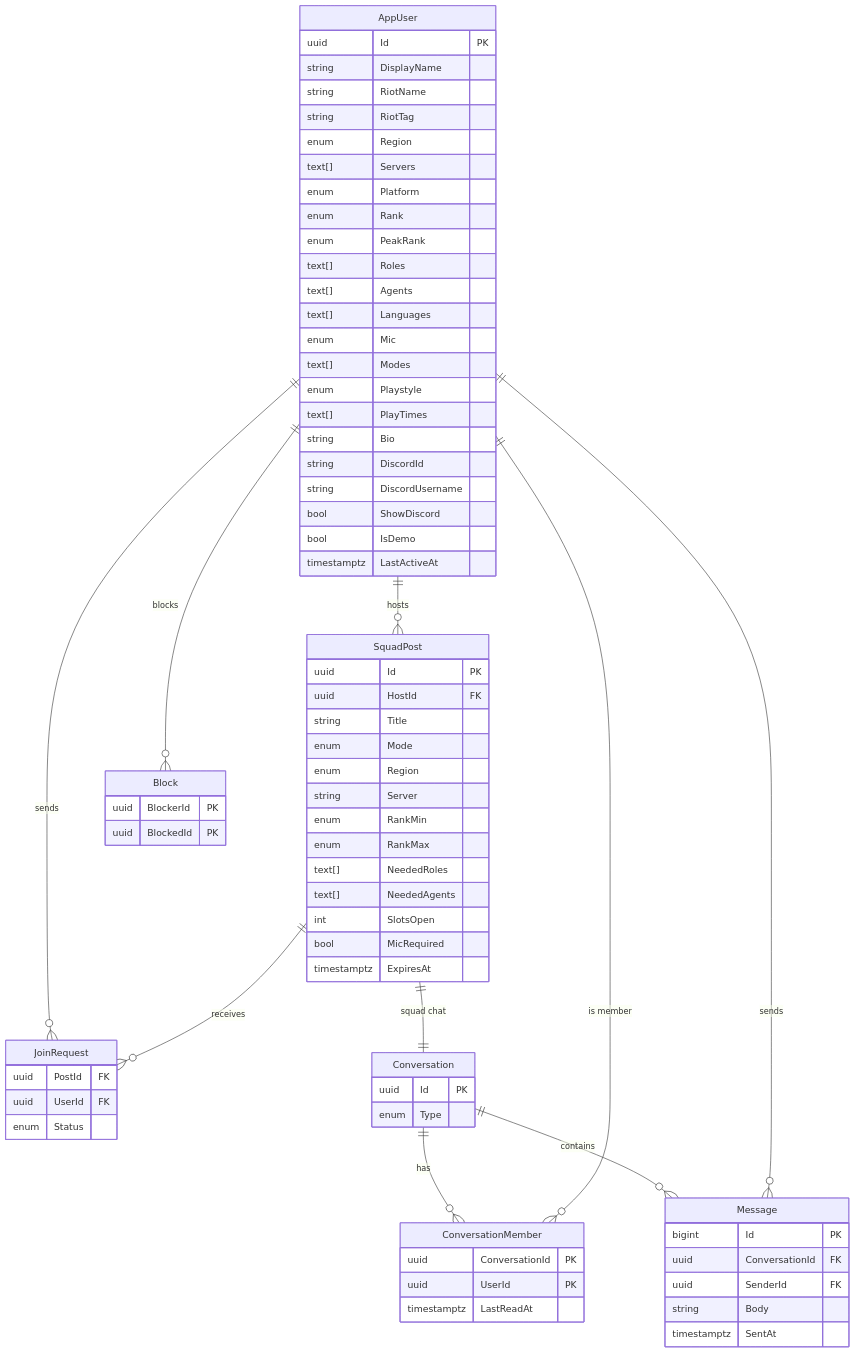
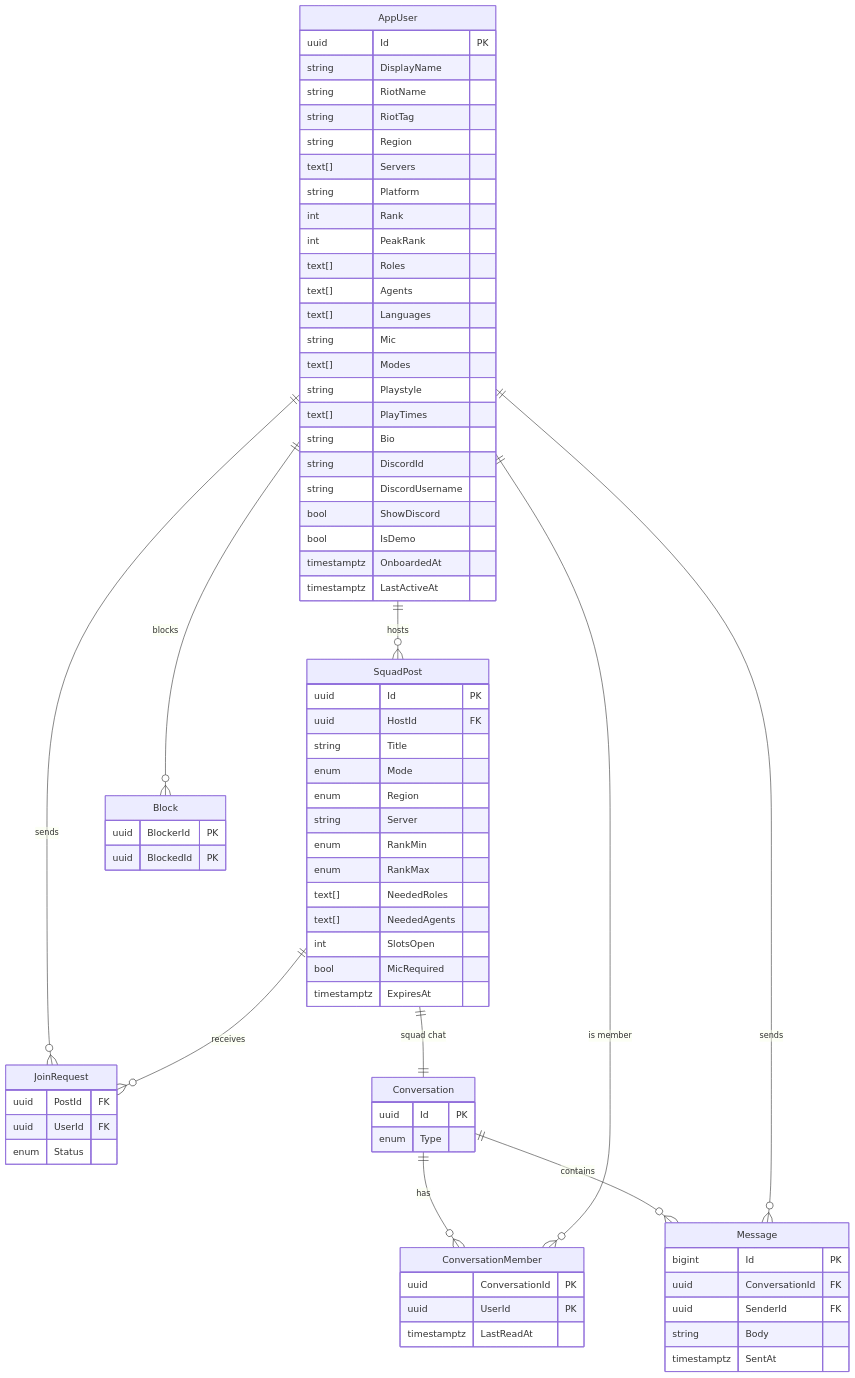
One commit to k1meta/FiveStack changed the first of 2 diagrams in docs/ARCHITECTURE.md. Above: the diagram before and after it, drawn with Mermaid. The commit also changed other lines of this file and 17 other files, not shown here.

````diff
--- a/docs/ARCHITECTURE.md
+++ b/docs/ARCHITECTURE.md
@@ -38,77 +38,78 @@
 ```mermaid
 erDiagram
   AppUser ||--o{ SquadPost : hosts
   AppUser ||--o{ JoinRequest : sends
   SquadPost ||--o{ JoinRequest : receives
   SquadPost ||--|| Conversation : "squad chat"
   Conversation ||--o{ ConversationMember : has
   AppUser ||--o{ ConversationMember : "is member"
   Conversation ||--o{ Message : contains
   AppUser ||--o{ Message : sends
   AppUser ||--o{ Block : blocks
 
   AppUser {
     uuid Id PK
     string DisplayName
     string RiotName
     string RiotTag
-    enum Region
+    string Region
     text[] Servers
-    enum Platform
-    enum Rank
-    enum PeakRank
+    string Platform
+    int Rank
+    int PeakRank
     text[] Roles
     text[] Agents
     text[] Languages
-    enum Mic
+    string Mic
     text[] Modes
-    enum Playstyle
+    string Playstyle
     text[] PlayTimes
     string Bio
     string DiscordId
     string DiscordUsername
     bool ShowDiscord
     bool IsDemo
+    timestamptz OnboardedAt
     timestamptz LastActiveAt
   }
   SquadPost {
     uuid Id PK
     uuid HostId FK
     string Title
     enum Mode
     enum Region
     string Server
     enum RankMin
     enum RankMax
     text[] NeededRoles
     text[] NeededAgents
     int SlotsOpen
     bool MicRequired
     timestamptz ExpiresAt
   }
   JoinRequest {
     uuid PostId FK
     uuid UserId FK
     enum Status
   }
   Conversation {
     uuid Id PK
     enum Type
   }
   ConversationMember {
     uuid ConversationId PK
     uuid UserId PK
     timestamptz LastReadAt
   }
   Message {
     bigint Id PK
     uuid ConversationId FK
     uuid SenderId FK
     string Body
     timestamptz SentAt
   }
   Block {
     uuid BlockerId PK
     uuid BlockedId PK
   }
 ```
````
